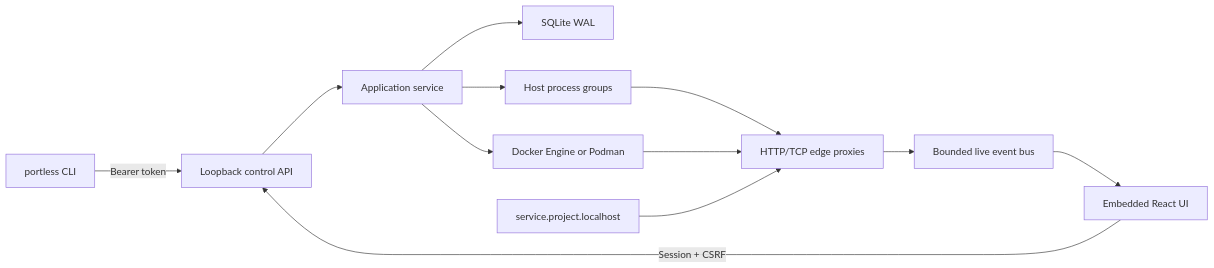
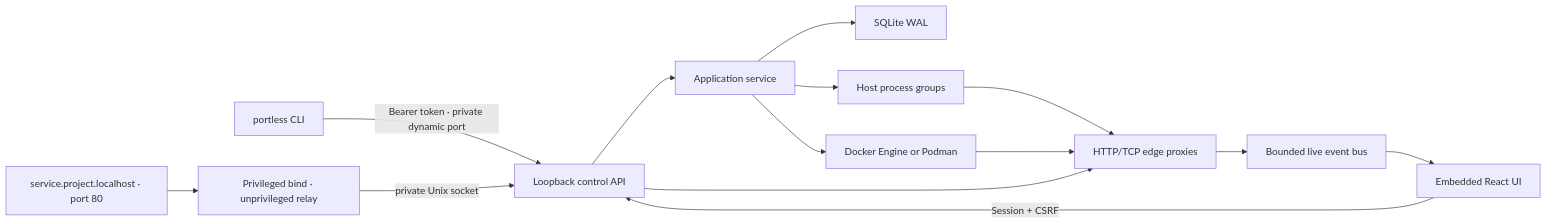
One commit to runportless/portless changed the diagram in README.md. Above: the diagram before and after it, drawn with Mermaid. The commit also changed other lines of this file and 34 other files, not shown here.

First line of the commit message:
Add self-contained clean localhost ingress

````diff
--- a/README.md
+++ b/README.md
@@ -123,14 +127,16 @@
 ```mermaid
 flowchart LR
-  CLI["portless CLI"] -->|"Bearer token"| API["Loopback control API"]
+  CLI["portless CLI"] -->|"Bearer token · private dynamic port"| API["Loopback control API"]
   UI["Embedded React UI"] -->|"Session + CSRF"| API
   API --> APP["Application service"]
   APP --> DB["SQLite WAL"]
   APP --> PROC["Host process groups"]
   APP --> CR["Docker Engine or Podman"]
   PROC --> PROXY["HTTP/TCP edge proxies"]
   CR --> PROXY
-  INGRESS["service.project.localhost"] --> PROXY
+  INGRESS["service.project.localhost · port 80"] --> RELAY["Privileged bind · unprivileged relay"]
+  RELAY -->|"private Unix socket"| API
+  API --> PROXY
   PROXY --> BUS["Bounded live event bus"]
   BUS --> UI
 ```
````
